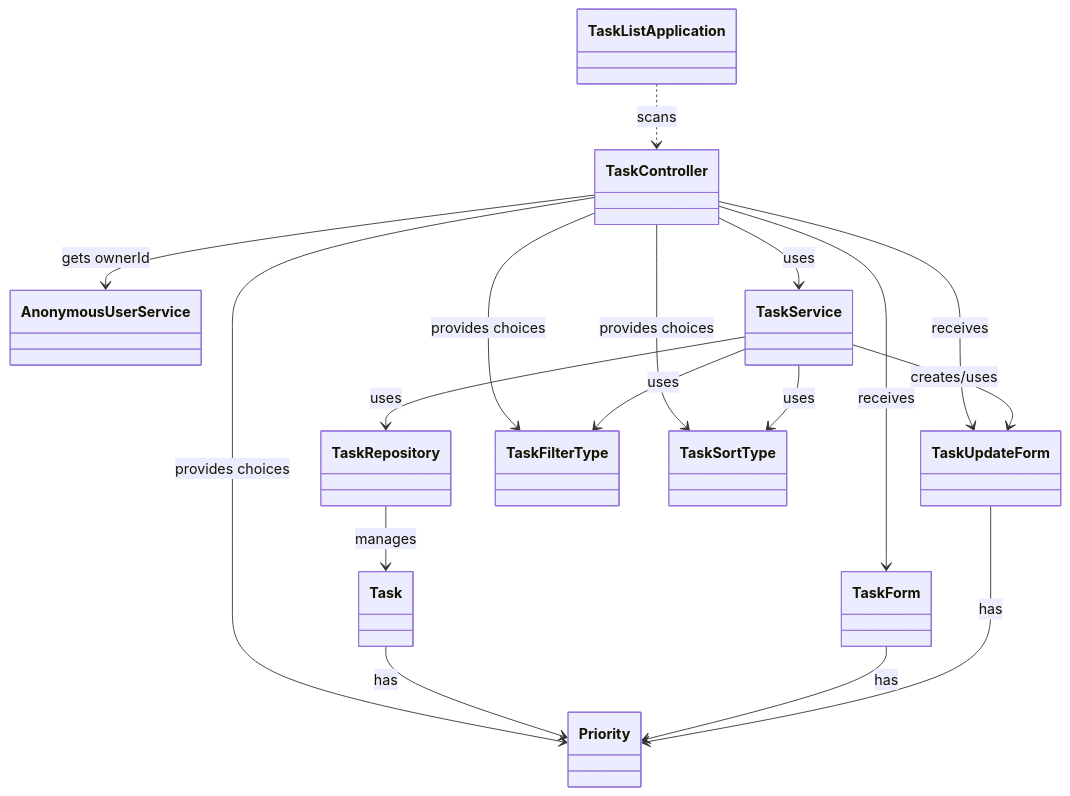
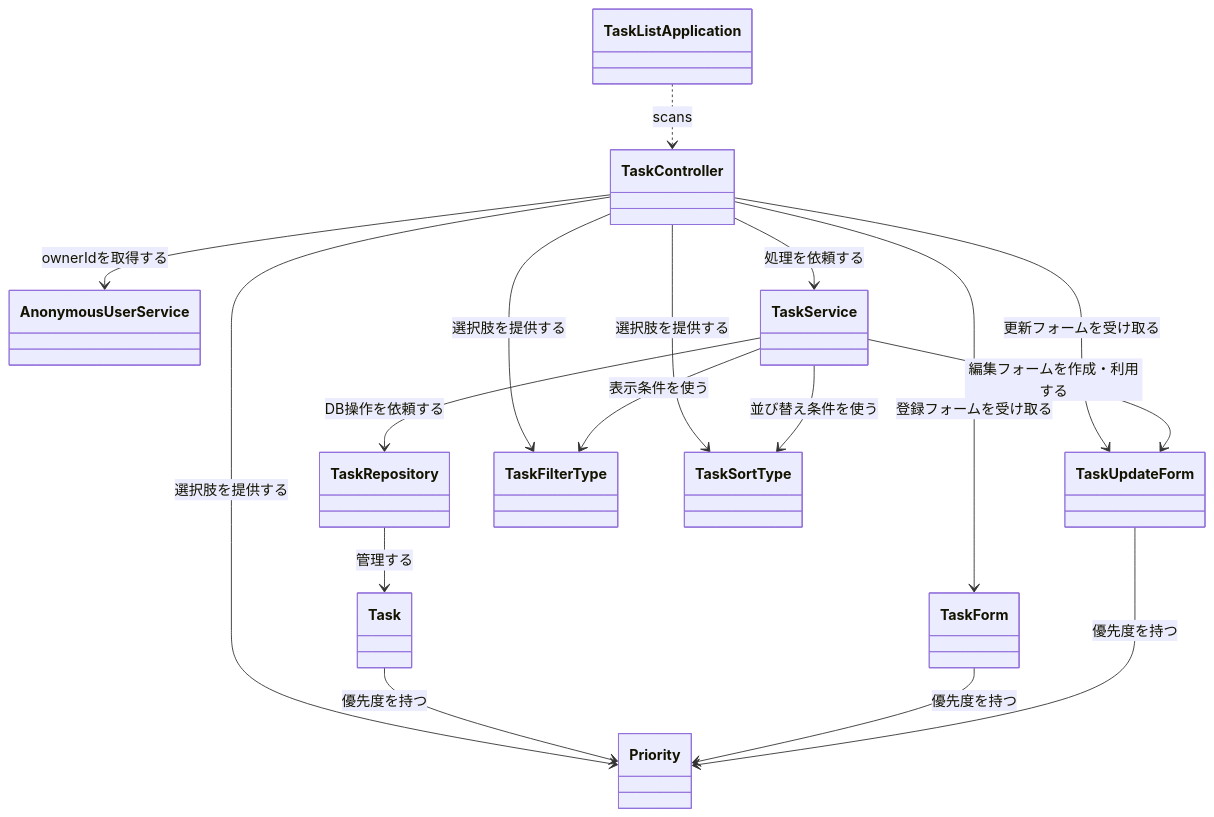
The first of 5 diagrams in README.md (mkunori/TaskList), drawn with Mermaid before and after one commit. The commit also changed other lines of this file, not shown here.

````diff
--- a/README.md
+++ b/README.md
@@ -148,31 +304,33 @@
 ```mermaid
 classDiagram
     class TaskListApplication
     class TaskController
     class AnonymousUserService
     class TaskService
     class TaskRepository
     class Task
     class Priority
     class TaskForm
     class TaskUpdateForm
     class TaskFilterType
     class TaskSortType
 
     TaskListApplication ..> TaskController : scans
-    TaskController --> AnonymousUserService : gets ownerId
-    TaskController --> TaskService : uses
-    TaskController --> TaskForm : receives
-    TaskController --> TaskUpdateForm : receives
-    TaskController --> Priority : provides choices
-    TaskController --> TaskFilterType : provides choices
-    TaskController --> TaskSortType : provides choices
-    TaskService --> TaskRepository : uses
-    TaskService --> TaskUpdateForm : creates/uses
-    TaskService --> TaskFilterType : uses
-    TaskService --> TaskSortType : uses
-    TaskRepository --> Task : manages
-    Task --> Priority : has
-    TaskForm --> Priority : has
-    TaskUpdateForm --> Priority : has
+    TaskController --> AnonymousUserService : ownerIdを取得する
+    TaskController --> TaskService : 処理を依頼する
+    TaskController --> TaskForm : 登録フォームを受け取る
+    TaskController --> TaskUpdateForm : 更新フォームを受け取る
+    TaskController --> Priority : 選択肢を提供する
+    TaskController --> TaskFilterType : 選択肢を提供する
+    TaskController --> TaskSortType : 選択肢を提供する
+
+    TaskService --> TaskRepository : DB操作を依頼する
+    TaskService --> TaskUpdateForm : 編集フォームを作成・利用する
+    TaskService --> TaskFilterType : 表示条件を使う
+    TaskService --> TaskSortType : 並び替え条件を使う
+
+    TaskRepository --> Task : 管理する
+    Task --> Priority : 優先度を持つ
+    TaskForm --> Priority : 優先度を持つ
+    TaskUpdateForm --> Priority : 優先度を持つ
 ```
````
